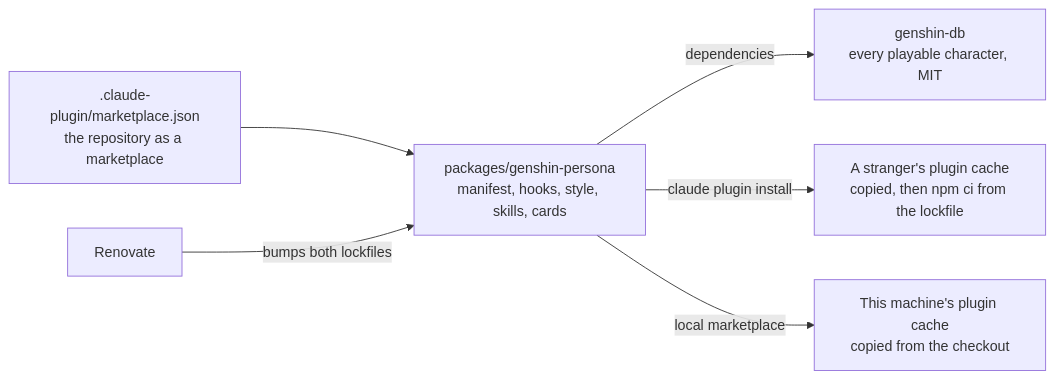
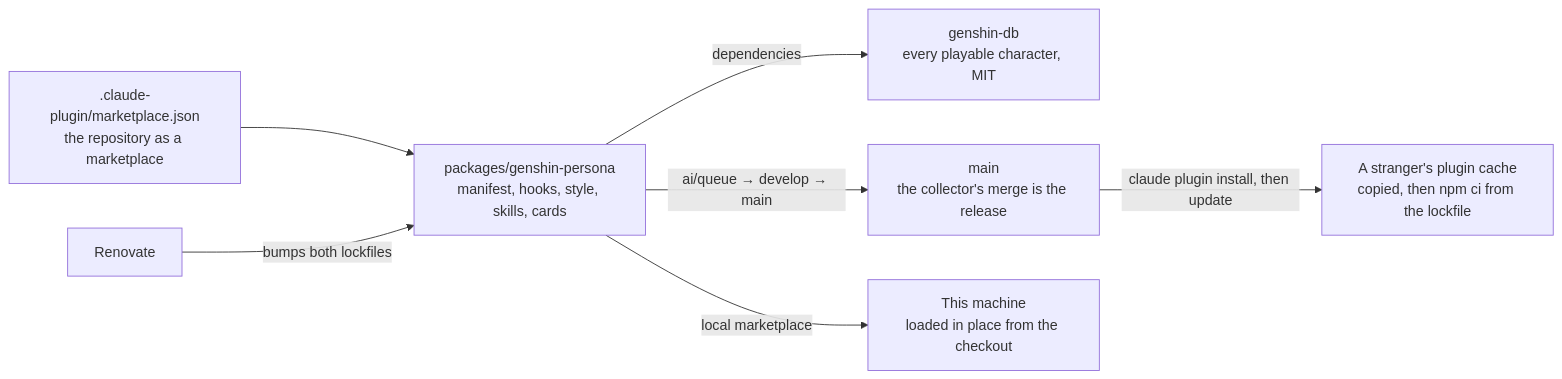
The first of 2 diagrams in apps/web/content/docs/infra/claude-interface/persona-plugin.md (Esposter/Esposter), drawn with Mermaid before and after one commit. The commit also changed other lines of this file and 3 other files, not shown here.

First line of the commit message:
feat(genshin-persona): the status line, and the release path a merge to main already is

````diff
--- a/apps/web/content/docs/infra/claude-interface/persona-plugin.md
+++ b/apps/web/content/docs/infra/claude-interface/persona-plugin.md
@@ -16,15 +16,17 @@
 ```mermaid
 flowchart LR
     Marketplace[".claude-plugin/marketplace.json<br/>the repository as a marketplace"]
     Plugin["packages/genshin-persona<br/>manifest, hooks, style, skills, cards"]
     Data["genshin-db<br/>every playable character, MIT"]
+    Main["main<br/>the collector's merge is the release"]
     Remote["A stranger's plugin cache<br/>copied, then npm ci from the lockfile"]
-    Local["This machine's plugin cache<br/>copied from the checkout"]
+    Local["This machine<br/>loaded in place from the checkout"]
     Renovate[Renovate]
 
     Marketplace --> Plugin
     Plugin -->|dependencies| Data
     Renovate -->|bumps both lockfiles| Plugin
-    Plugin -->|claude plugin install| Remote
+    Plugin -->|ai/queue → develop → main| Main
+    Main -->|claude plugin install, then update| Remote
     Plugin -->|local marketplace| Local
 ```
````
